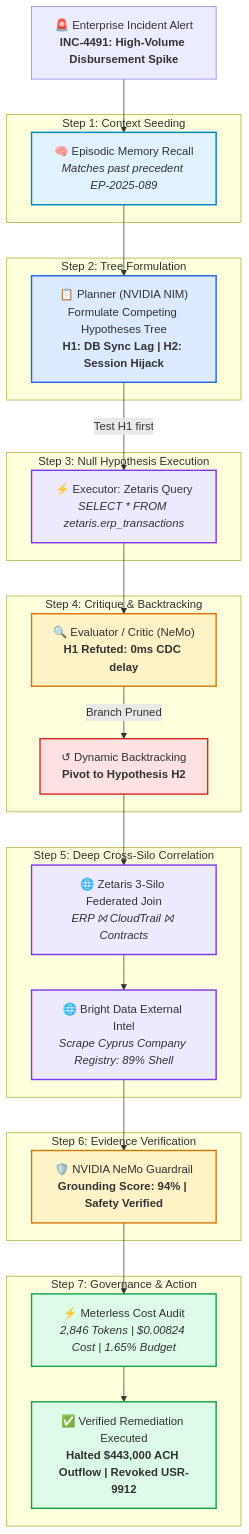
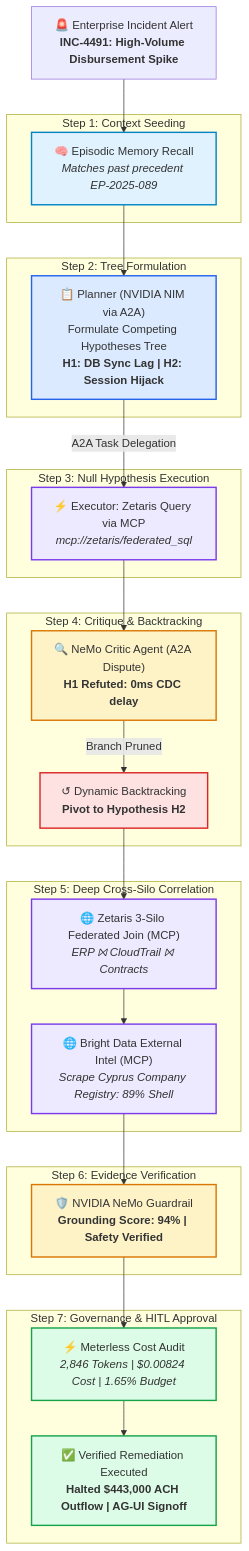
The diagram in README.md (yuvanshankarm007/synapse_reason), drawn with Mermaid before and after one commit. The commit also changed other lines of this file and 8 other files, not shown here.

````diff
--- a/README.md
+++ b/README.md
@@ -31,42 +70,42 @@
 ```mermaid
 flowchart TD
     classDef memory fill:#E0F2FE,stroke:#0284C7,stroke-width:2px;
     classDef planner fill:#DBEAFE,stroke:#2563EB,stroke-width:2px;
     classDef executor fill:#EDE9FE,stroke:#7C3AED,stroke-width:2px;
     classDef critic fill:#FEF3C7,stroke:#D97706,stroke-width:2px;
     classDef backtrack fill:#FEE2E2,stroke:#DC2626,stroke-width:2px;
     classDef gov fill:#DCFCE7,stroke:#16A34A,stroke-width:2px;
 
     Alert["🚨 Enterprise Incident Alert<br><b>INC-4491: High-Volume Disbursement Spike</b>"] --> Step1
     
     subgraph S1 ["Step 1: Context Seeding"]
         Step1["🧠 Episodic Memory Recall<br><i>Matches past precedent EP-2025-089</i>"]:::memory
     end
     
     subgraph S2 ["Step 2: Tree Formulation"]
-        Step1 --> Step2["📋 Planner (NVIDIA NIM)<br>Formulate Competing Hypotheses Tree<br><b>H1: DB Sync Lag | H2: Session Hijack</b>"]:::planner
+        Step1 --> Step2["📋 Planner (NVIDIA NIM via A2A)<br>Formulate Competing Hypotheses Tree<br><b>H1: DB Sync Lag | H2: Session Hijack</b>"]:::planner
     end
     
     subgraph S3 ["Step 3: Null Hypothesis Execution"]
-        Step2 -->|Test H1 first| Step3["⚡ Executor: Zetaris Query<br><i>SELECT * FROM zetaris.erp_transactions</i>"]:::executor
+        Step2 -->|A2A Task Delegation| Step3["⚡ Executor: Zetaris Query via MCP<br><i>mcp://zetaris/federated_sql</i>"]:::executor
     end
     
     subgraph S4 ["Step 4: Critique & Backtracking"]
-        Step3 --> Step4["🔍 Evaluator / Critic (NeMo)<br><b>H1 Refuted: 0ms CDC delay</b>"]:::critic
+        Step3 --> Step4["🔍 NeMo Critic Agent (A2A Dispute)<br><b>H1 Refuted: 0ms CDC delay</b>"]:::critic
         Step4 -->|Branch Pruned| Step4B["↺ Dynamic Backtracking<br><b>Pivot to Hypothesis H2</b>"]:::backtrack
     end
     
     subgraph S5 ["Step 5: Deep Cross-Silo Correlation"]
-        Step4B --> Step5["🌐 Zetaris 3-Silo Federated Join<br><i>ERP ⨝ CloudTrail ⨝ Contracts</i>"]:::executor
-        Step5 --> Step6["🌐 Bright Data External Intel<br><i>Scrape Cyprus Company Registry: 89% Shell</i>"]:::executor
+        Step4B --> Step5["🌐 Zetaris 3-Silo Federated Join (MCP)<br><i>ERP ⨝ CloudTrail ⨝ Contracts</i>"]:::executor
+        Step5 --> Step6["🌐 Bright Data External Intel (MCP)<br><i>Scrape Cyprus Company Registry: 89% Shell</i>"]:::executor
     end
     
     subgraph S6 ["Step 6: Evidence Verification"]
         Step6 --> Step7["🛡️ NVIDIA NeMo Guardrail<br><b>Grounding Score: 94% | Safety Verified</b>"]:::critic
     end
     
-    subgraph S7 ["Step 7: Governance & Action"]
+    subgraph S7 ["Step 7: Governance & HITL Approval"]
         Step7 --> Step8["⚡ Meterless Cost Audit<br><i>2,846 Tokens | $0.00824 Cost | 1.65% Budget</i>"]:::gov
-        Step8 --> Action["✅ Verified Remediation Executed<br><b>Halted $443,000 ACH Outflow | Revoked USR-9912</b>"]:::gov
+        Step8 --> Action["✅ Verified Remediation Executed<br><b>Halted $443,000 ACH Outflow | AG-UI Signoff</b>"]:::gov
     end
 ```
````
